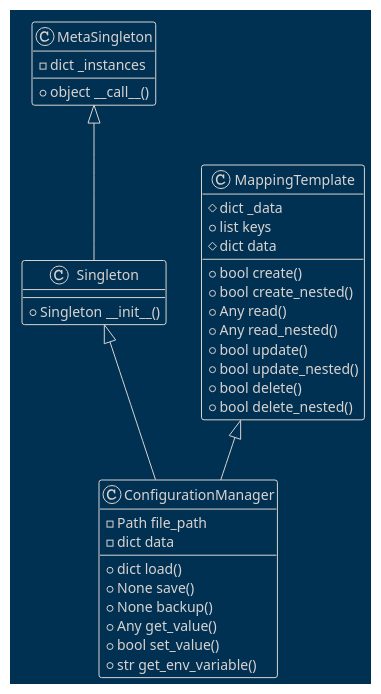
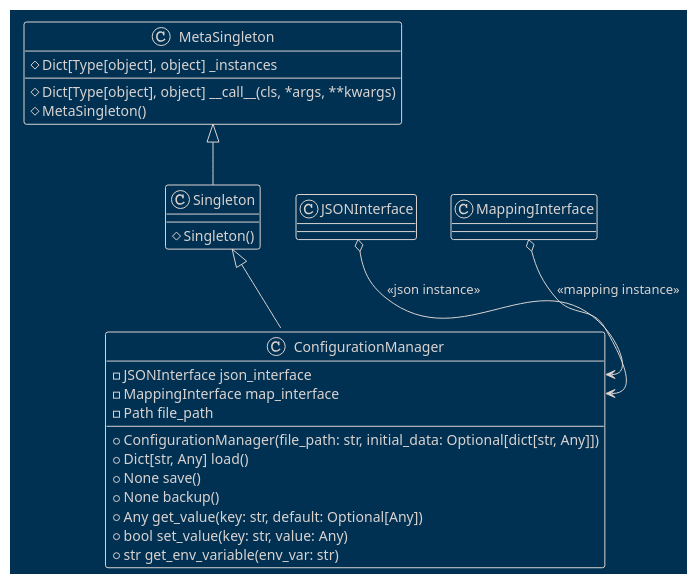
Before and after one commit to teleprint-me/py.gpt.prompt: the diagram in docs/diagrams/plantuml/configuration_manager.puml, drawn with PlantUML. The commit also changed 5 other files, not shown here.

```diff
--- a/docs/diagrams/plantuml/configuration_manager.puml
+++ b/docs/diagrams/plantuml/configuration_manager.puml
@@ -1,39 +1,31 @@
 @startuml ConfigurationManager
 !theme blueprint
 
 ' docs/diagrams/plantuml/configuration_manager.puml
 
 class MetaSingleton {
-  - dict _instances
-  + object __call__()
+    # Dict[Type[object], object] _instances
+    # Dict[Type[object], object] __call__(cls, *args, **kwargs)
+    # MetaSingleton()
 }
 
 class Singleton extends MetaSingleton {
-  + Singleton __init__()
+    # Singleton()
 }
 
-class MappingTemplate {
-  # dict _data
-  + list keys
-  # dict data
-  + bool create()
-  + bool create_nested()
-  + Any read()
-  + Any read_nested()
-  + bool update()
-  + bool update_nested()
-  + bool delete()
-  + bool delete_nested()
+class ConfigurationManager extends Singleton {
+    - JSONInterface json_interface
+    - MappingInterface map_interface
+    - Path file_path
+    + ConfigurationManager(file_path: str, initial_data: Optional[dict[str, Any]])
+    + Dict[str, Any] load()
+    + None save()
+    + None backup()
+    + Any get_value(key: str, default: Optional[Any])
+    + bool set_value(key: str, value: Any)
+    + str get_env_variable(env_var: str)
 }
 
-class ConfigurationManager extends Singleton, MappingTemplate {
-  - Path file_path
-  - dict data
-  + dict load()
-  + None save()
-  + None backup()
-  + Any get_value()
-  + bool set_value()
-  + str get_env_variable()
-}
+JSONInterface o--> ConfigurationManager::json_interface : <<json instance>>
+MappingInterface o--> ConfigurationManager::map_interface : <<mapping instance>>
 @enduml
```
